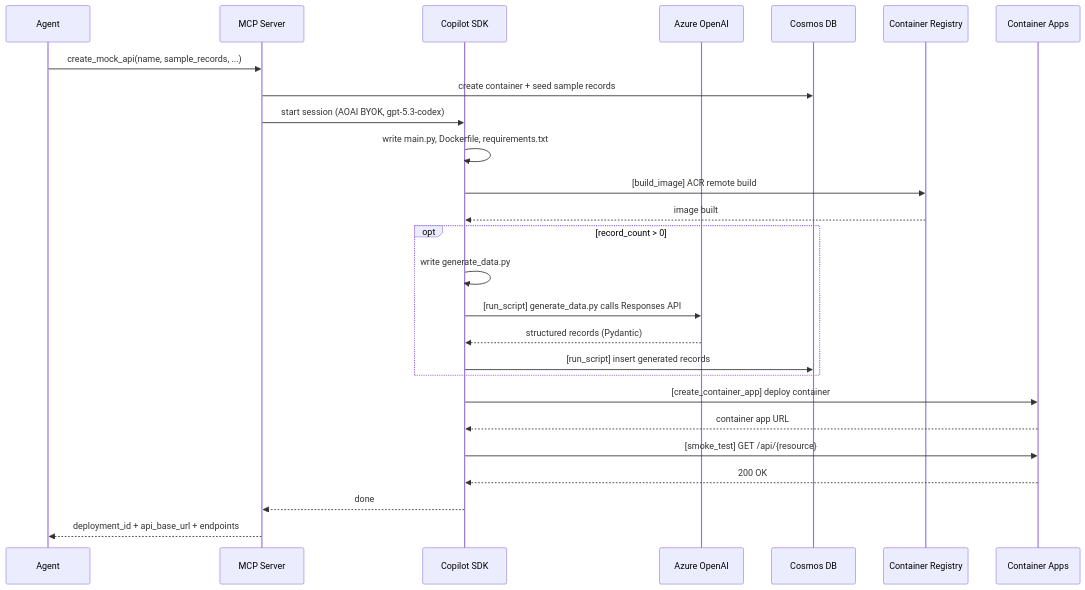
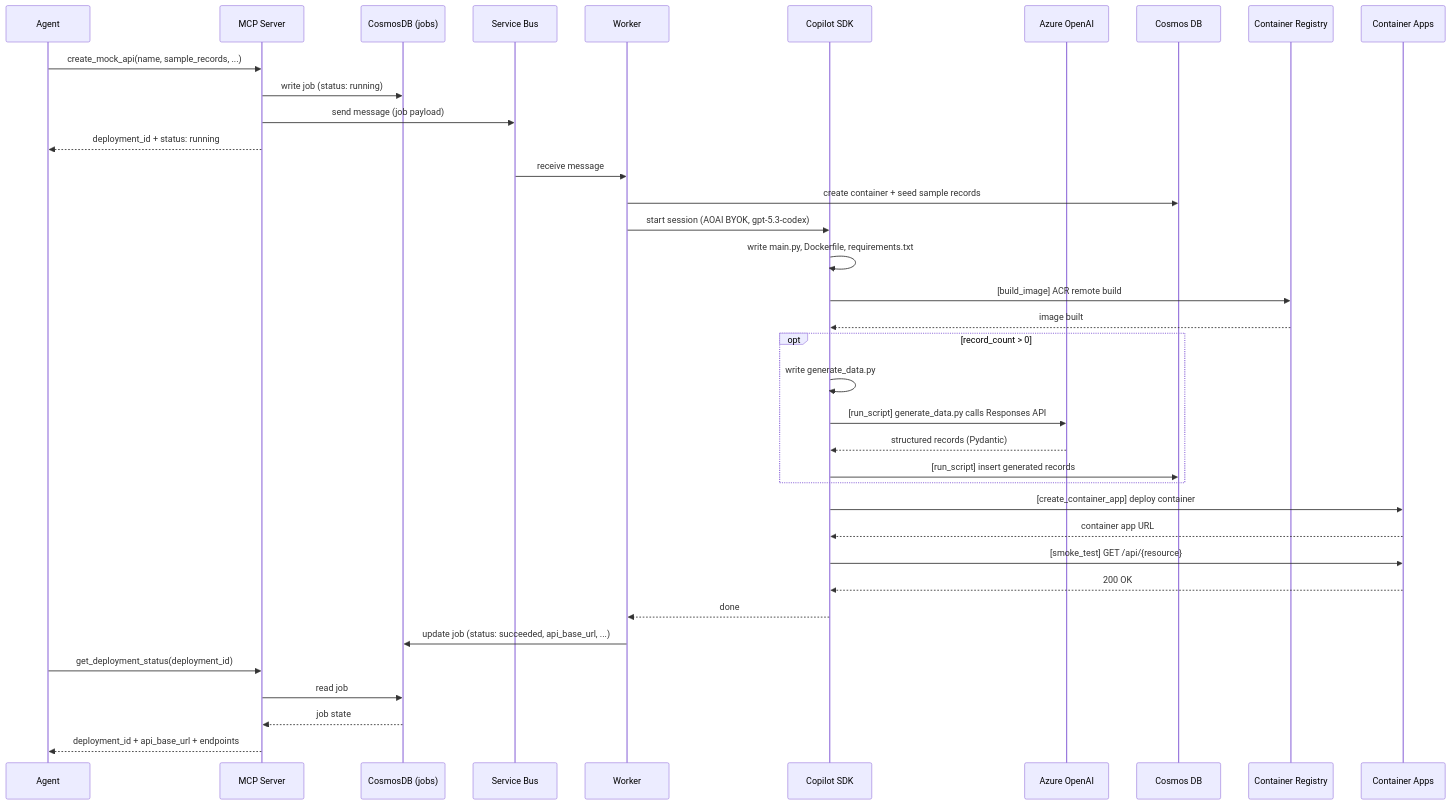
Before and after one commit to tkubica12/agentic-component-factory: the diagram in docs/ARCHITECTURE.md, drawn with Mermaid. The commit also changed other lines of this file and 15 other files, not shown here.

First line of the commit message:
Service Bus refactor: MCP server + worker split

````diff
--- a/docs/ARCHITECTURE.md
+++ b/docs/ARCHITECTURE.md
@@ -119,35 +149,48 @@
 ```mermaid
 sequenceDiagram
     participant Agent
     participant MCP as MCP Server
+    participant State as CosmosDB (jobs)
+    participant SB as Service Bus
+    participant Worker
     participant SDK as Copilot SDK
     participant AOAI as Azure OpenAI
     participant Cosmos as Cosmos DB
     participant ACR as Container Registry
     participant ACA as Container Apps
 
     Agent->>MCP: create_mock_api(name, sample_records, ...)
-    MCP->>Cosmos: create container + seed sample records
+    MCP->>State: write job (status: running)
+    MCP->>SB: send message (job payload)
+    MCP-->>Agent: deployment_id + status: running
 
-    MCP->>SDK: start session (AOAI BYOK, gpt-5.3-codex)
+    SB->>Worker: receive message
+    Worker->>Cosmos: create container + seed sample records
+
+    Worker->>SDK: start session (AOAI BYOK, gpt-5.3-codex)
     SDK->>SDK: write main.py, Dockerfile, requirements.txt
 
     SDK->>ACR: [build_image] ACR remote build
     ACR-->>SDK: image built
 
     opt record_count > 0
         SDK->>SDK: write generate_data.py
         SDK->>AOAI: [run_script] generate_data.py calls Responses API
         AOAI-->>SDK: structured records (Pydantic)
         SDK->>Cosmos: [run_script] insert generated records
     end
 
     SDK->>ACA: [create_container_app] deploy container
     ACA-->>SDK: container app URL
 
     SDK->>ACA: [smoke_test] GET /api/{resource}
     ACA-->>SDK: 200 OK
 
-    SDK-->>MCP: done
+    SDK-->>Worker: done
+    Worker->>State: update job (status: succeeded, api_base_url, ...)
+
+    Agent->>MCP: get_deployment_status(deployment_id)
+    MCP->>State: read job
+    State-->>MCP: job state
     MCP-->>Agent: deployment_id + api_base_url + endpoints
 ```
````
